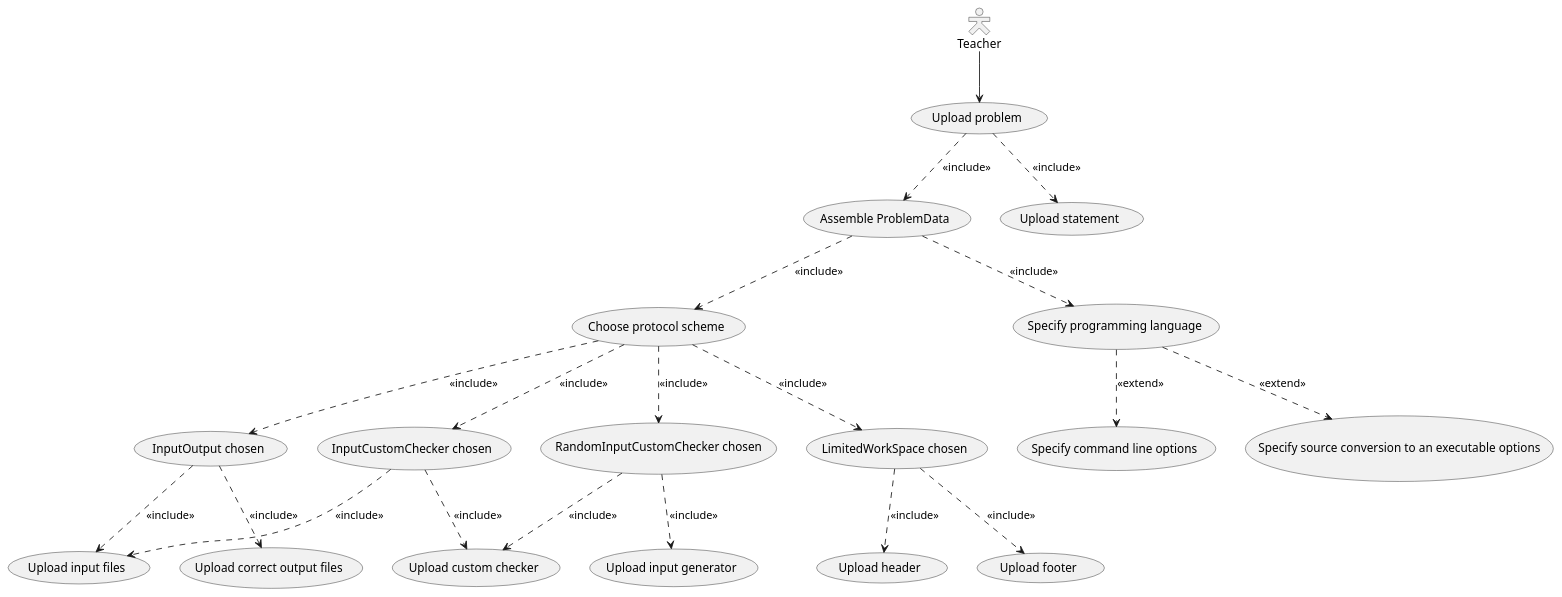
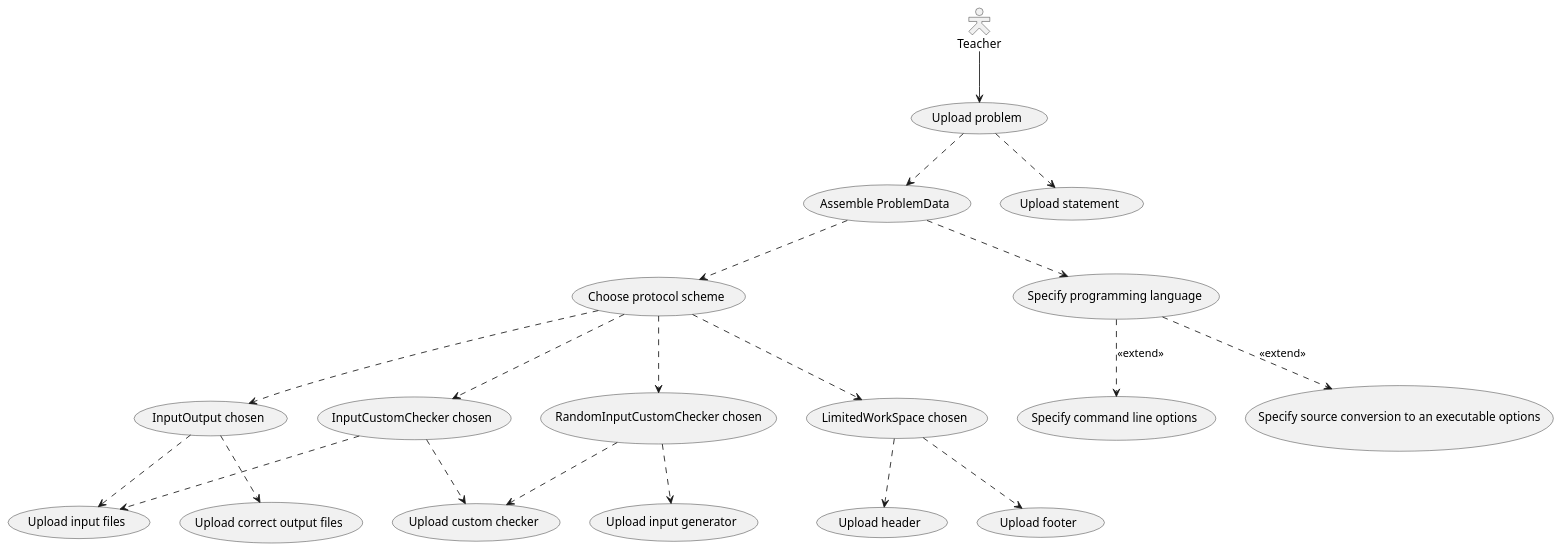
Before and after one commit to IgorZhiltsoff/TPy_project: the diagram in Interface/CmdLineIF/UploadProblemAsTeacher/UseCase_UploadProblemAsTeacher.puml, drawn with PlantUML. The commit also changed 49 other files, not shown here.

```diff
--- a/Interface/CmdLineIF/UploadProblemAsTeacher/UseCase_UploadProblemAsTeacher.puml
+++ b/Interface/CmdLineIF/UploadProblemAsTeacher/UseCase_UploadProblemAsTeacher.puml
@@ -1,48 +1,48 @@
 @startuml
 'https://plantuml.com/use-case-diagram
 
 
 'GENERAL
 skinparam actorstyle hollow
 Teacher --> (Upload problem)
 
 'PROTOCOLS
 (Choose protocol scheme) as (Prot)
-(Upload problem) ..> (Assemble ProblemData) : <<include>>
-(Upload problem) ..> (Upload statement) : <<include>>
-(Assemble ProblemData) ..> (Prot) : <<include>>
+(Upload problem) ..> (Assemble ProblemData)
+(Upload problem) ..> (Upload statement)
+(Assemble ProblemData) ..> (Prot)
 
 (InputOutput chosen) as (IO)
-    (IO) ..> (Upload input files) : <<include>>
-    (IO) ..> (Upload correct output files) : <<include>>
+    (IO) ..> (Upload input files)
+    (IO) ..> (Upload correct output files)
 
 
 (InputCustomChecker chosen) as (ICC)
-    (ICC) ..> (Upload input files) : <<include>>
-    (ICC) ..>(Upload custom checker) : <<include>>
+    (ICC) ..> (Upload input files)
+    (ICC) ..>(Upload custom checker)
 
 
 (RandomInputCustomChecker chosen) as (RICC)
-    (RICC) ..> (Upload input generator) : <<include>>
-    (RICC) ..> (Upload custom checker) : <<include>>
+    (RICC) ..> (Upload input generator)
+    (RICC) ..> (Upload custom checker)
 
 
 (LimitedWorkSpace chosen) as (LWS)
-    (LWS) ..> (Upload header) : <<include>>
-    (LWS) ..> (Upload footer) : <<include>>
+    (LWS) ..> (Upload header)
+    (LWS) ..> (Upload footer)
 
 
-(Prot) ..> (IO) : <<include>>
-(Prot) ..> (ICC) : <<include>>
-(Prot) ..> (RICC) : <<include>>
-(Prot) ..> (LWS) : <<include>>
+(Prot) ..> (IO)
+(Prot) ..> (ICC)
+(Prot) ..> (RICC)
+(Prot) ..> (LWS)
 
 'LANGUAGE
 (Specify programming language) as (Lang)
-(Assemble ProblemData) ..> (Lang) : <<include>>
+(Assemble ProblemData) ..> (Lang)
 
 (Lang) ..> (Specify command line options) : <<extend>>
 (Lang) ..> (Specify source conversion to an executable options) : <<extend>>
 
 
 @enduml
```
